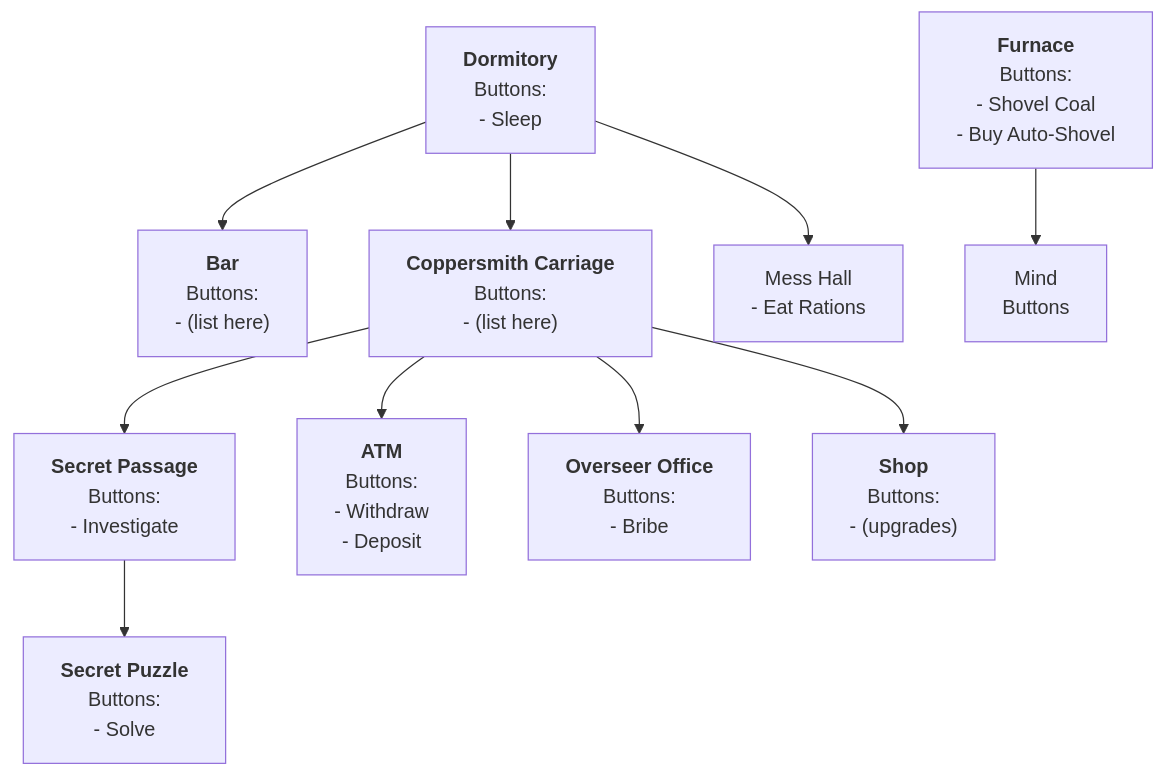
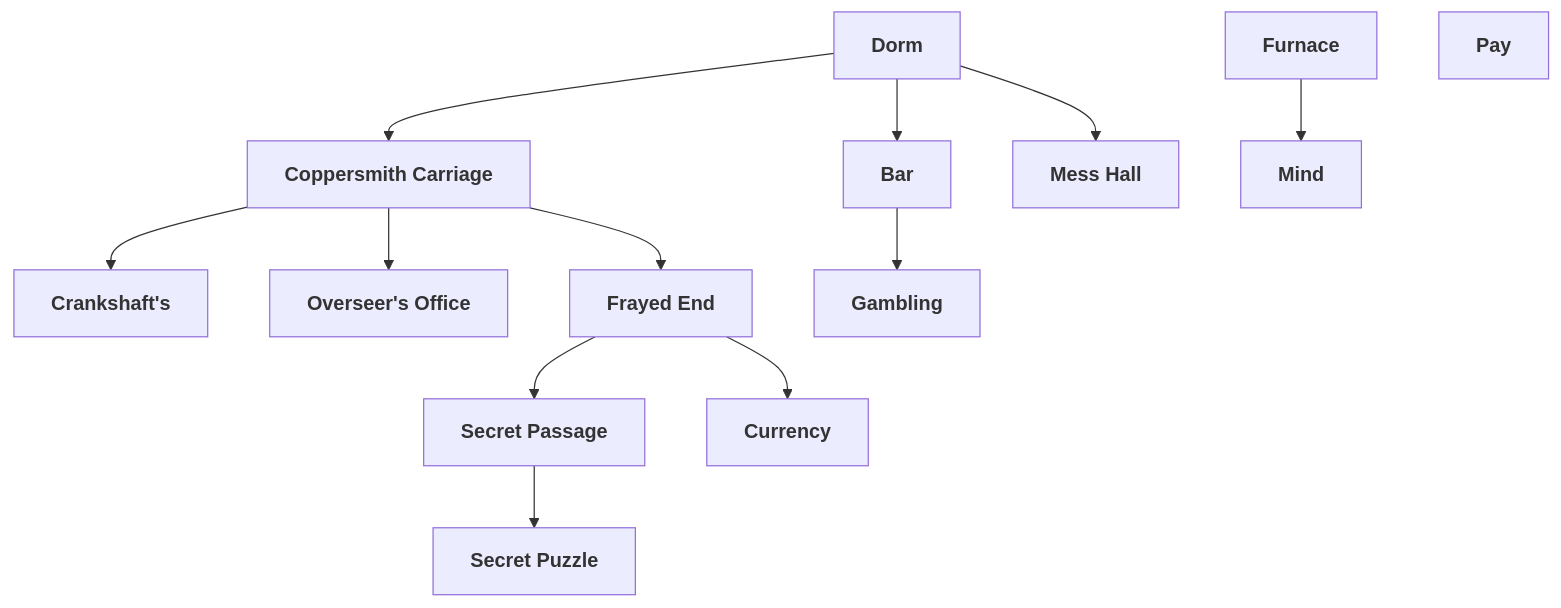
The diagram in .claude/plans/2/2.1-scene-network.mmd (noahval/GoA), drawn with Mermaid before and after one commit. The commit also changed 17 other files, not shown here.

```diff
--- a/.claude/plans/2/2.1-scene-network.mmd
+++ b/.claude/plans/2/2.1-scene-network.mmd
@@ -1,5 +1,8 @@
 flowchart TB
-    dorm["<b>Dormitory</b><br>Buttons:<br>- Sleep"] --> bar["<b>Bar</b><br>Buttons:<br>- (list here)"] & carriage["<b>Coppersmith Carriage</b><br>Buttons:<br>- (list here)"] & n2["Mess Hall<br>- Eat Rations"]
-    furnace["<b>Furnace</b><br>Buttons:<br>- Shovel Coal<br>- Buy Auto-Shovel"] --> n1["Mind<br>Buttons"]
-    carriage --> secret["<b>Secret Passage</b><br>Buttons:<br>- Investigate"] & atm["<b>ATM</b><br>Buttons:<br>- Withdraw<br>- Deposit"] & office["<b>Overseer Office</b><br>Buttons:<br>- Bribe"] & shop["<b>Shop</b><br>Buttons:<br>- (upgrades)"]
-    secret --> puzzle["<b>Secret Puzzle</b><br>Buttons:<br>- Solve"]
+    dorm["<b>Dorm</b>"] --> bar["<b>Bar</b>"] & carriage["<b>Coppersmith Carriage</b>"] & mess["<b>Mess Hall</b>"]
+    furnace["<b>Furnace</b>"] --> mind["<b>Mind</b>"]
+    carriage --> shop@{ label: "<b>Crankshaft's</b>" } & office@{ label: "<b>Overseer's Office</b>" } & n3["<b>Frayed End</b>"]
+    secret["<b>Secret Passage</b>"] --> puzzle["<b>Secret Puzzle</b>"]
+    n3 --> n4["<b>Currency</b>"] & secret
+    bar --> n2["<b>Gambling</b>"]
+    n5["<b>Pay</b>"]
```
